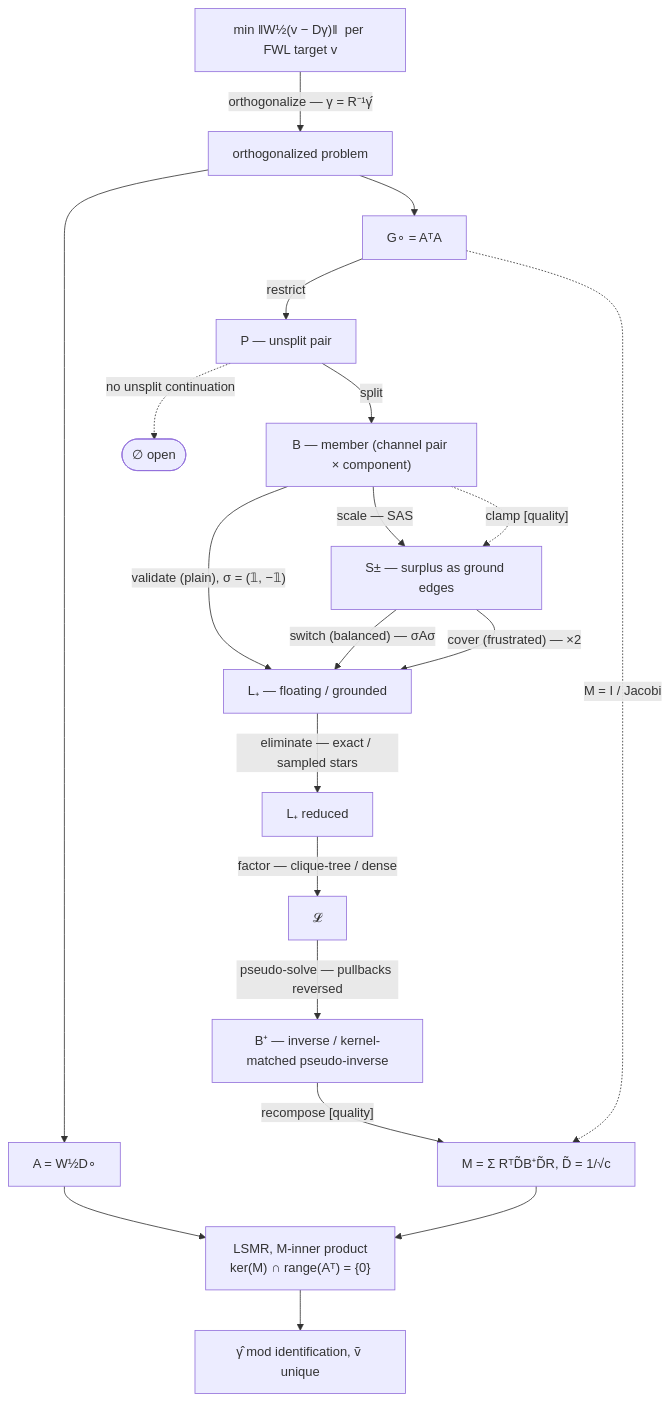
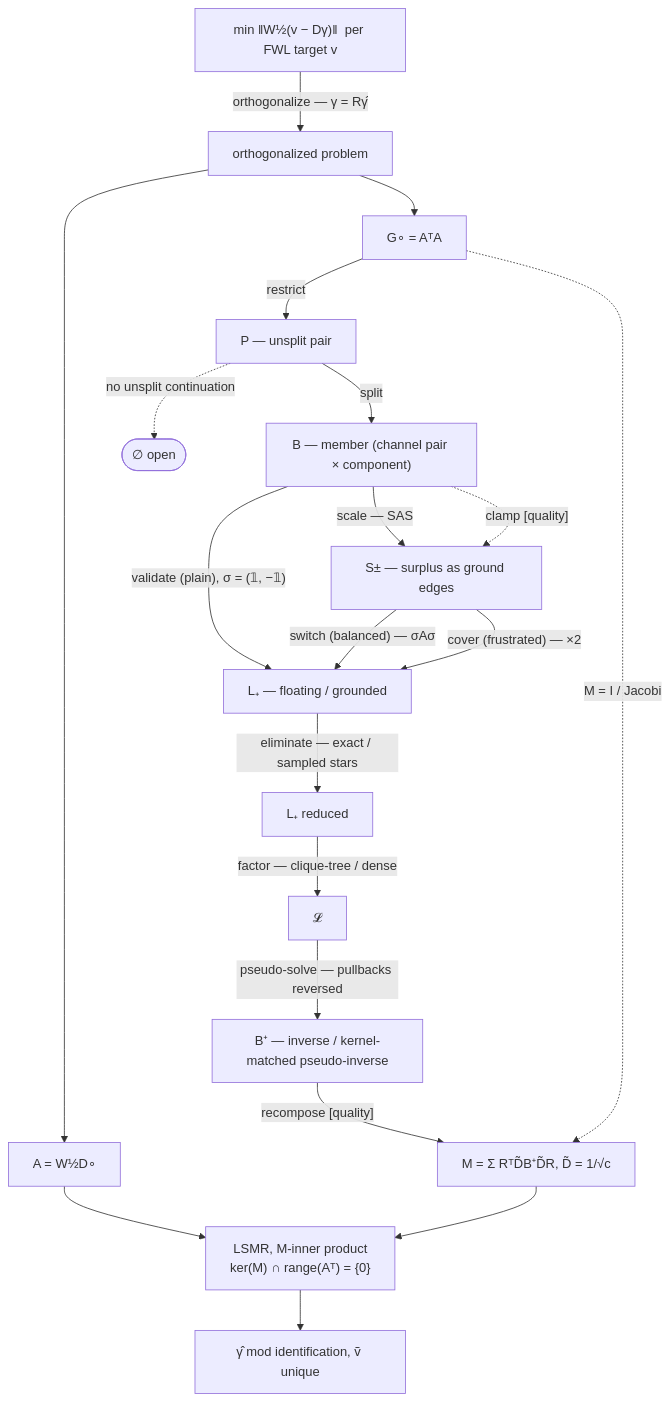
One commit to py-econometrics/within changed the diagram in docs/4_sddm_state_model.md. Above: the diagram before and after it, drawn with Mermaid. The commit also changed other lines of this file and 3 other files, not shown here.

````diff
--- a/docs/4_sddm_state_model.md
+++ b/docs/4_sddm_state_model.md
@@ -134,44 +134,44 @@
 ```mermaid
 flowchart TD
     RAW["min ‖W½(v − Dγ)‖  per FWL target v"]
     WHITE["orthogonalized problem"]
-    RAW -->|"orthogonalize — γ = R⁻¹γ̂"| WHITE
+    RAW -->|"orthogonalize — γ = Rγ̂"| WHITE
 
     OP["A = W½D∘"]
     GW["G∘ = AᵀA"]
     WHITE --> OP
     WHITE --> GW
 
     P["P — unsplit pair"]
     GW -->|restrict| P
     NOP(["∅ open"])
     P -.->|"no unsplit continuation"| NOP
 
     B["B — member (channel pair × component)"]
     P -->|split| B
 
     SPM["S± — surplus as ground edges"]
     LP["L₊ — floating / grounded"]
     B -->|"validate (plain), σ = (𝟙, −𝟙)"| LP
     B -->|"scale — SAS"| SPM
     B -.->|"clamp [quality]"| SPM
     SPM -->|"switch (balanced) — σAσ"| LP
     SPM -->|"cover (frustrated) — ×2"| LP
 
     LR["L₊ reduced"]
     LP -->|"eliminate — exact / sampled stars"| LR
     FACT["𝓛"]
     LR -->|"factor — clique-tree / dense"| FACT
 
     BINV["B⁺ — inverse / kernel-matched pseudo-inverse"]
     FACT -->|"pseudo-solve — pullbacks reversed"| BINV
     M["M = Σ RᵀD̃B⁺D̃R,  D̃ = 1/√c"]
     BINV -->|"recompose [quality]"| M
     GW -.->|"M = I / Jacobi"| M
 
     IT["LSMR, M-inner product<br/>ker(M) ∩ range(Aᵀ) = {0}"]
     OP --> IT
     M --> IT
     OUT["γ̂ mod identification, ṽ unique"]
     IT --> OUT
 ```
````
